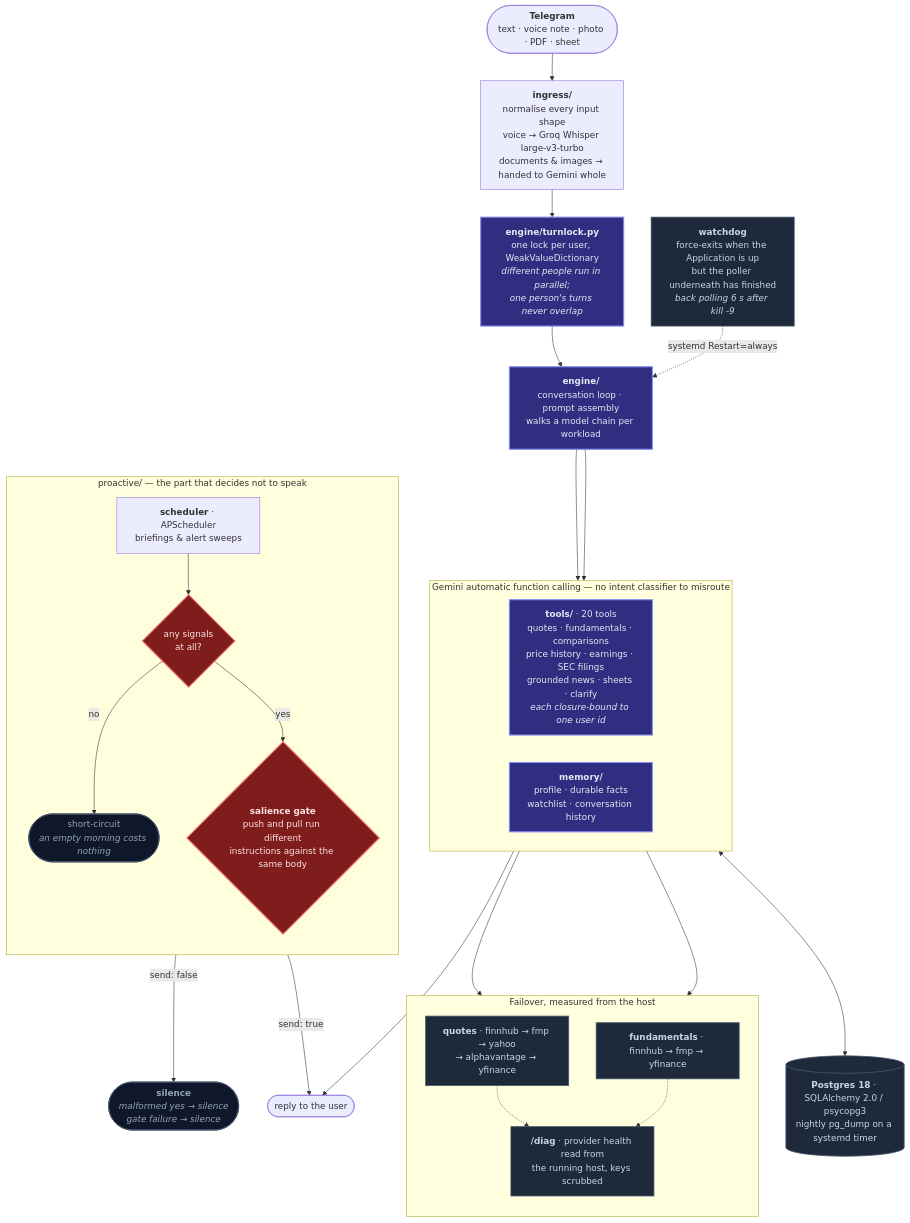
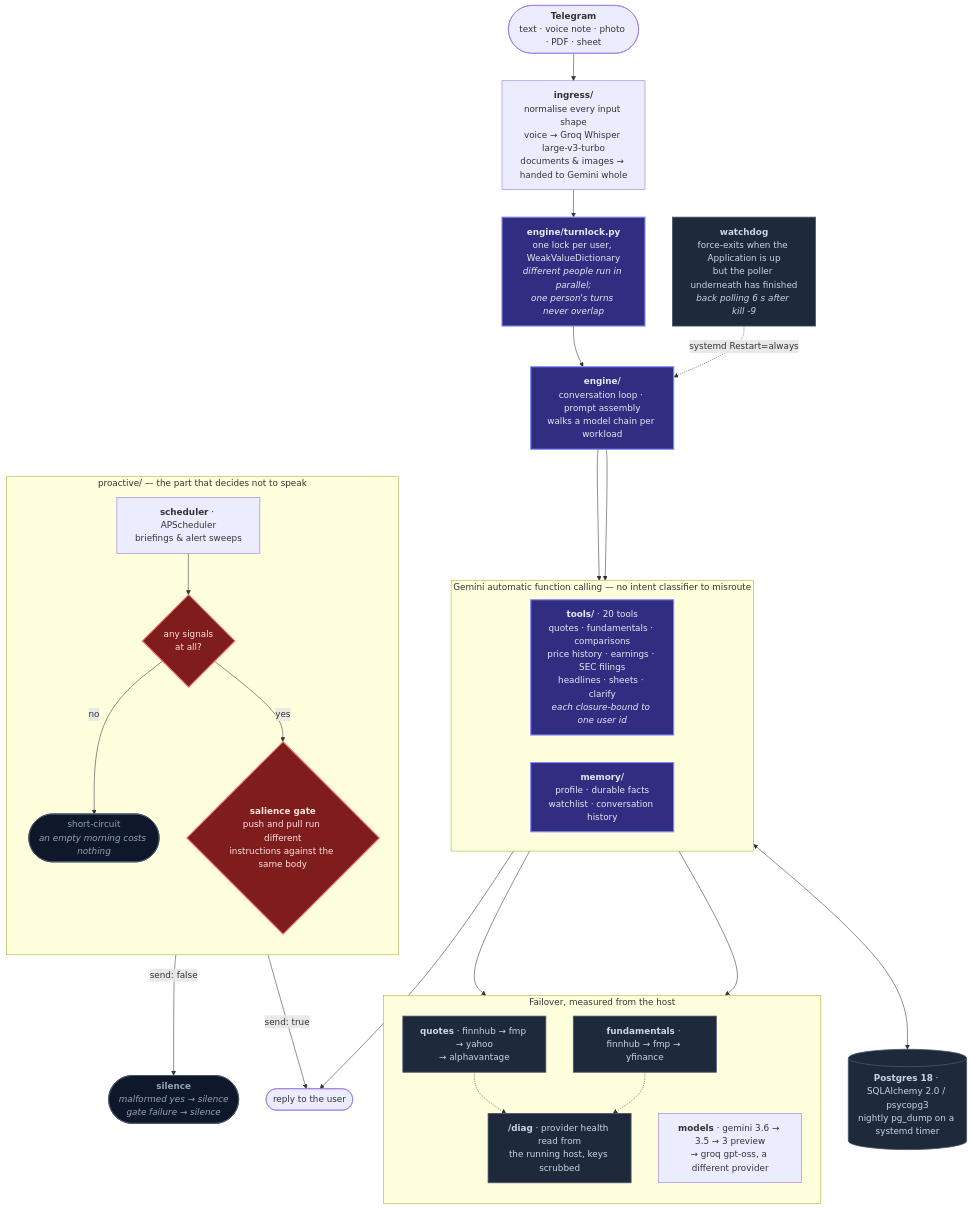
The diagram in README.md (Shaan-alpha/atlas-financial-assistant), drawn with Mermaid before and after one commit. The commit also changed other lines of this file and 43 other files, not shown here.

````diff
--- a/README.md
+++ b/README.md
@@ -112,61 +156,62 @@
 ```mermaid
 flowchart TD
     TG(["<b>Telegram</b><br/>text · voice note · photo · PDF · sheet"])
 
     ING["<b>ingress/</b><br/>normalise every input shape<br/>voice → Groq Whisper large-v3-turbo<br/>documents &amp; images → handed to Gemini whole"]
 
     LOCK["<b>engine/turnlock.py</b><br/>one lock per user, WeakValueDictionary<br/><i>different people run in parallel;<br/>one person's turns never overlap</i>"]
 
     ENG["<b>engine/</b><br/>conversation loop · prompt assembly<br/>walks a model chain per workload"]
 
     subgraph WORK ["Gemini automatic function calling — no intent classifier to misroute"]
         direction LR
-        TOOLS["<b>tools/</b> · 20 tools<br/>quotes · fundamentals · comparisons<br/>price history · earnings · SEC filings<br/>grounded news · sheets · clarify<br/><i>each closure-bound to one user id</i>"]
+        TOOLS["<b>tools/</b> · 20 tools<br/>quotes · fundamentals · comparisons<br/>price history · earnings · SEC filings<br/>headlines · sheets · clarify<br/><i>each closure-bound to one user id</i>"]
         MEM["<b>memory/</b><br/>profile · durable facts<br/>watchlist · conversation history"]
     end
 
     subgraph PRO ["proactive/ — the part that decides not to speak"]
         direction TB
         SCHED["<b>scheduler</b> · APScheduler<br/>briefings &amp; alert sweeps"]
         SIG{"any signals<br/>at all?"}
         GATE{"<b>salience gate</b><br/>push and pull run different<br/>instructions against the same body"}
         SCHED --> SIG
         SIG -->|"no"| SHORT(["short-circuit<br/><i>an empty morning costs nothing</i>"])
         SIG -->|"yes"| GATE
     end
 
     SILENCE(["<b>silence</b><br/><i>malformed yes → silence<br/>gate failure → silence</i>"])
     REPLY(["reply to the user"])
 
     subgraph FAIL ["Failover, measured from the host"]
         direction TB
-        Q["<b>quotes</b> · finnhub → fmp → yahoo<br/>→ alphavantage → yfinance"]
+        Q["<b>quotes</b> · finnhub → fmp → yahoo<br/>→ alphavantage"]
         F["<b>fundamentals</b> · finnhub → fmp → yfinance"]
+        M["<b>models</b> · gemini 3.6 → 3.5 → 3 preview<br/>→ groq gpt-oss, a different provider"]
         DIAG["<b>/diag</b> · provider health read from<br/>the running host, keys scrubbed"]
     end
 
     PG[("<b>Postgres 18</b> · SQLAlchemy 2.0 / psycopg3<br/>nightly pg_dump on a systemd timer")]
     WD["<b>watchdog</b><br/>force-exits when the Application is up<br/>but the poller underneath has finished<br/><i>back polling 6 s after kill -9</i>"]
 
     TG --> ING --> LOCK --> ENG
     ENG --> TOOLS
     ENG --> MEM
     TOOLS --> Q
     TOOLS --> F
     Q -.-> DIAG
     F -.-> DIAG
     MEM <--> PG
     TOOLS --> REPLY
     GATE -->|"send: true"| REPLY
     GATE -->|"send: false"| SILENCE
     WD -.->|"systemd Restart=always"| ENG
 
     classDef gate fill:#7f1d1d,stroke:#f87171,stroke-width:2px,color:#fee2e2
     classDef quiet fill:#0f172a,stroke:#475569,stroke-width:1.5px,color:#94a3b8
     classDef core fill:#312e81,stroke:#818cf8,stroke-width:2px,color:#e2e8f0
     classDef store fill:#1e293b,stroke:#475569,stroke-width:1.5px,color:#cbd5e1
     class GATE,SIG gate
     class SILENCE,SHORT quiet
     class ENG,TOOLS,MEM,LOCK core
     class PG,Q,F,DIAG,WD store
 ```
````
